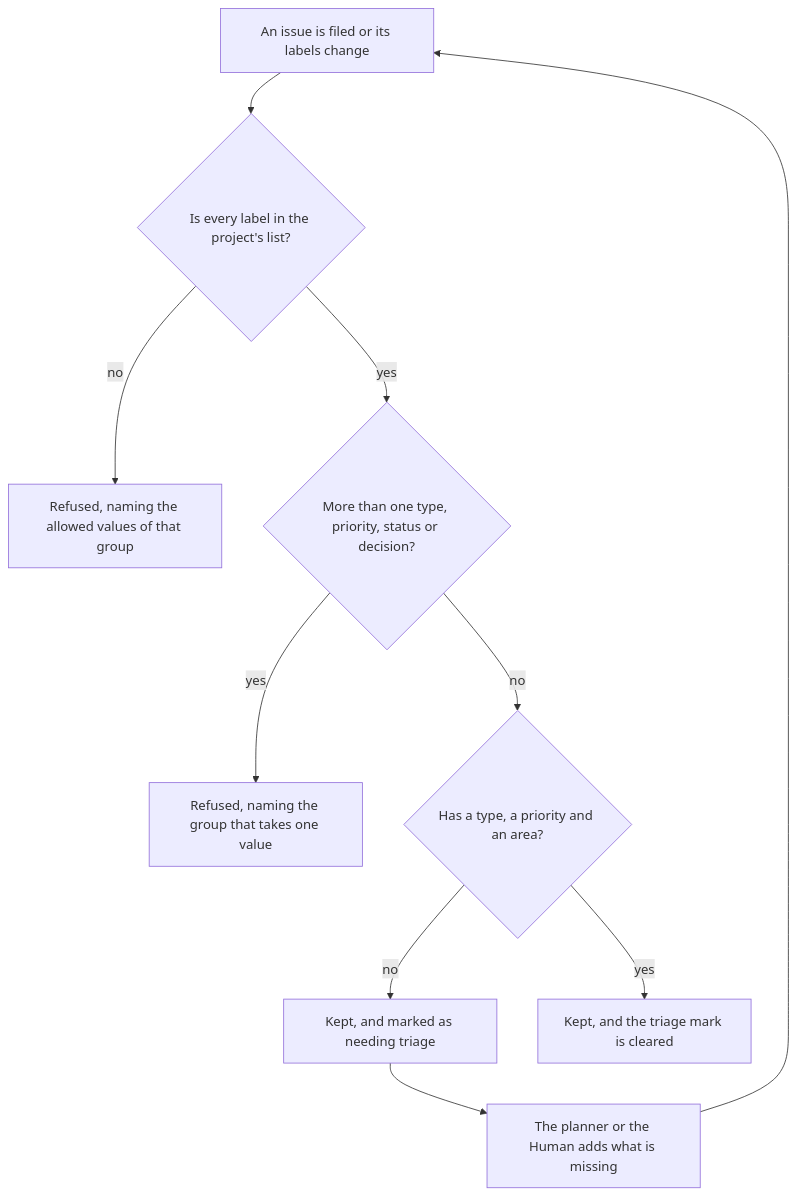
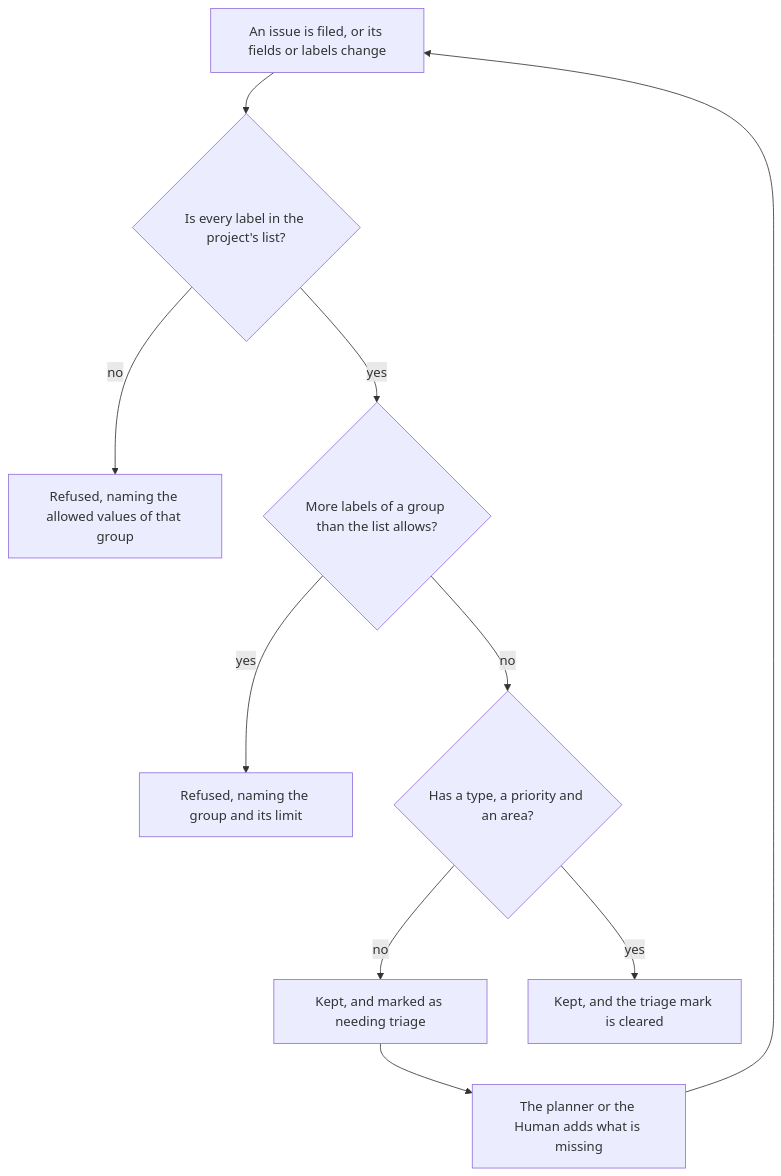
One commit to trustmybot/tmb changed the second of 2 diagrams in docs/architecture/ISSUES.md. Above: the diagram before and after it, drawn with Mermaid. The commit also changed other lines of this file and 4 other files, not shown here.

Commit message:
📝 docs(issues): type and priority are the remote's fields; the label list is a setting

````diff
--- a/docs/architecture/ISSUES.md
+++ b/docs/architecture/ISSUES.md
@@ -62,12 +106,12 @@
 ```mermaid
 flowchart TD
-    A[An issue is filed or its labels change] --> B{"Is every label in the project's list?"}
+    A[An issue is filed, or its fields or labels change] --> B{"Is every label in the project's list?"}
     B -- no --> X["Refused, naming the allowed values of that group"]
-    B -- yes --> C{"More than one type, priority, status or decision?"}
-    C -- yes --> X2["Refused, naming the group that takes one value"]
+    B -- yes --> C{"More labels of a group than the list allows?"}
+    C -- yes --> X2["Refused, naming the group and its limit"]
     C -- no --> D{"Has a type, a priority and an area?"}
     D -- no --> E["Kept, and marked as needing triage"]
     D -- yes --> F["Kept, and the triage mark is cleared"]
     E --> G[The planner or the Human adds what is missing]
     G --> A
 ```
````
